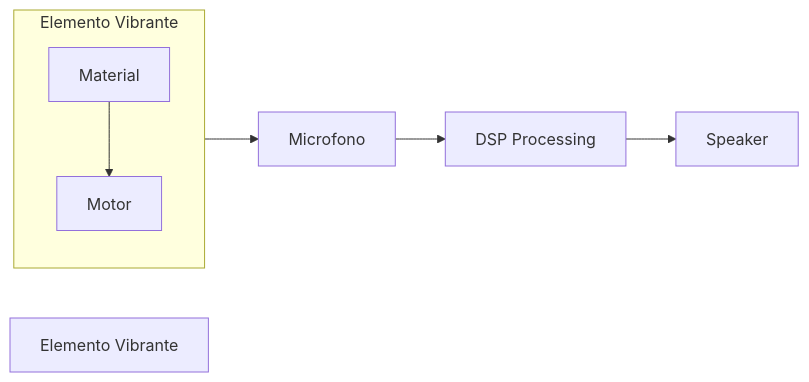
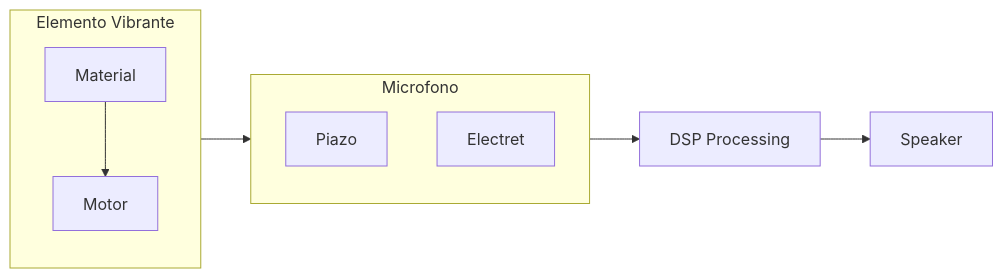
One commit to Hortus-Deliciarum/docz changed the first of 2 diagrams in README.md. Above: the diagram before and after it, drawn with Mermaid.

Commit message:
update info

````diff
--- a/README.md
+++ b/README.md
@@ -5,13 +5,16 @@
 ```mermaid
 flowchart LR
-    A["Elemento Vibrante"]
-    B["Microfono"]
     C["DSP Processing"]
     D["Speaker"]
 
     subgraph E["Elemento Vibrante"]
         Material-->Motor
     end
 
+    subgraph B["Microfono"]
+        Piazo
+        Electret
+    end
+
     E --> B --> C --> D
 ```
````
